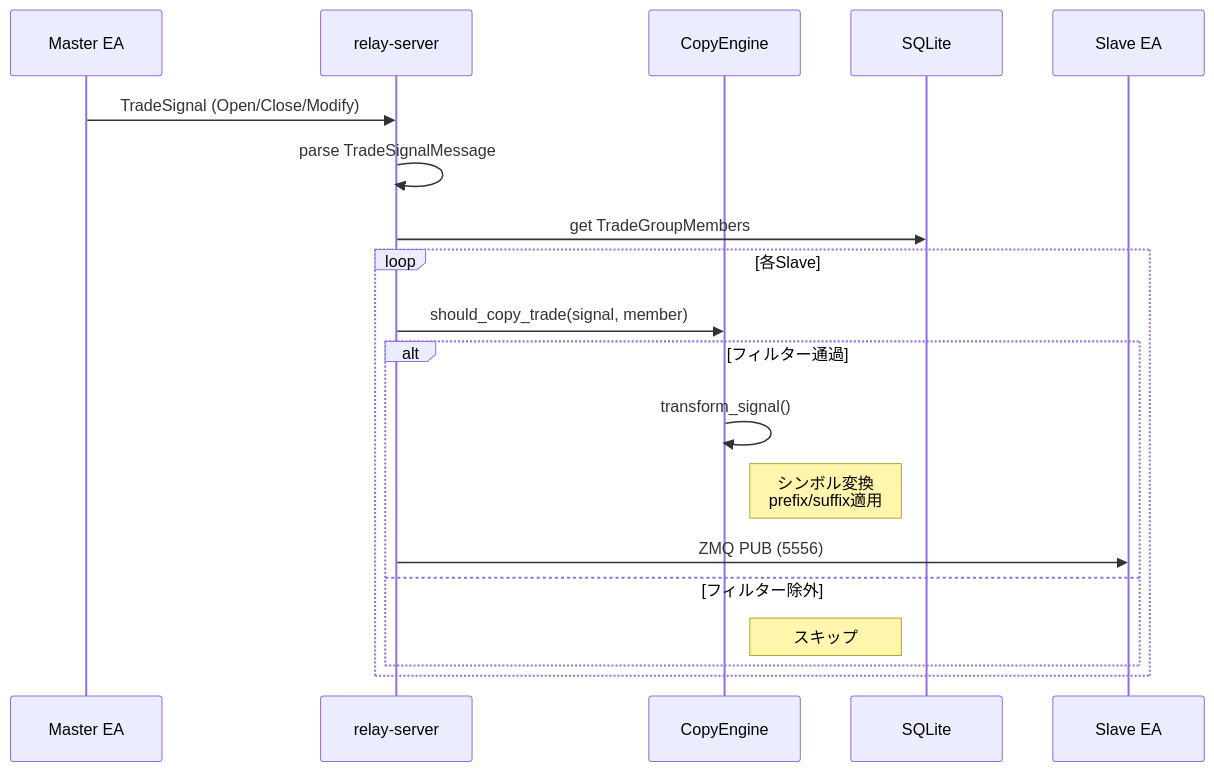
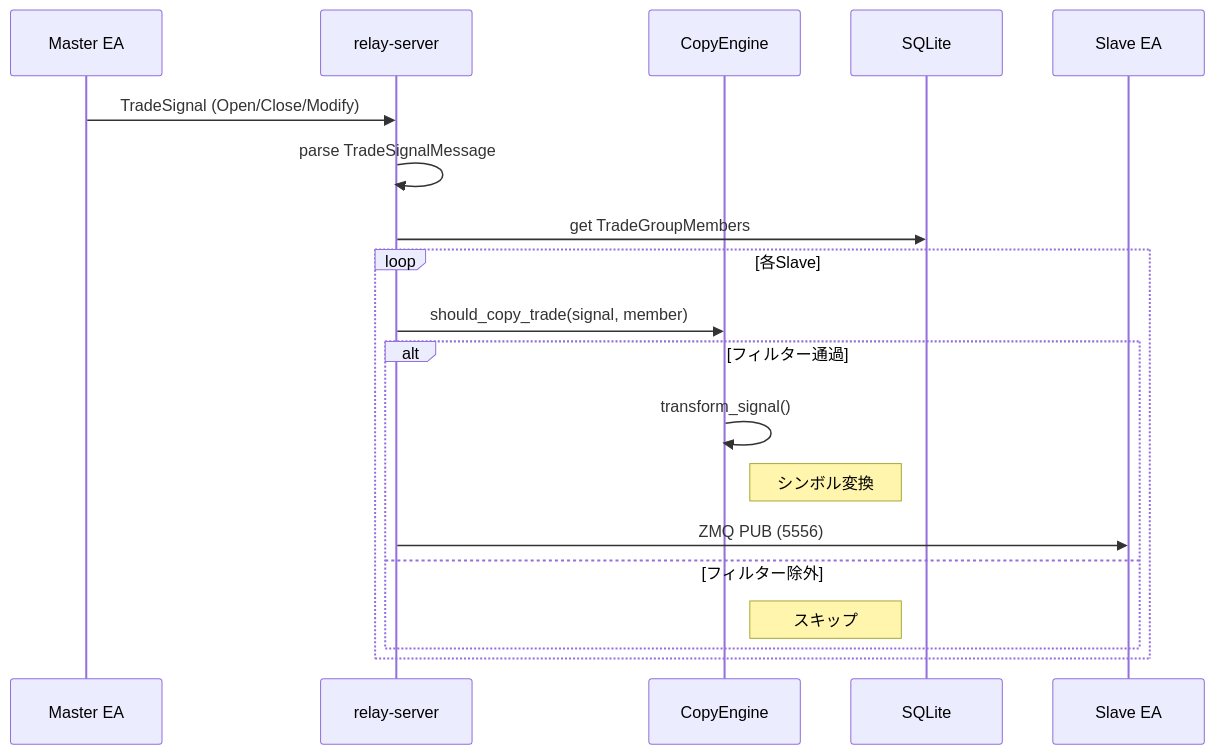
The fifth of 6 diagrams in docs/relay-server.md (poruru210/sankey-copier), drawn with Mermaid before and after one commit. The commit also changed other lines of this file and 5 other files, not shown here.

````diff
--- a/docs/relay-server.md
+++ b/docs/relay-server.md
@@ -349,24 +518,24 @@
 ```mermaid
 sequenceDiagram
     participant MEA as Master EA
     participant RS as relay-server
     participant CE as CopyEngine
     participant DB as SQLite
     participant SEA as Slave EA
 
     MEA->>RS: TradeSignal (Open/Close/Modify)
     RS->>RS: parse TradeSignalMessage
     RS->>DB: get TradeGroupMembers
 
     loop 各Slave
         RS->>CE: should_copy_trade(signal, member)
 
         alt フィルター通過
             CE->>CE: transform_signal()
-            Note right of CE: シンボル変換<br/>prefix/suffix適用
+            Note right of CE: シンボル変換
             RS->>SEA: ZMQ PUB (5556)
         else フィルター除外
             Note right of CE: スキップ
         end
     end
 ```
````
